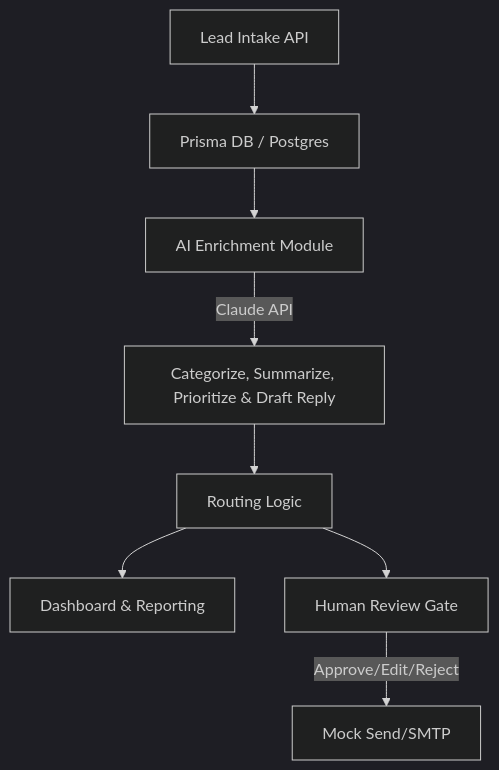
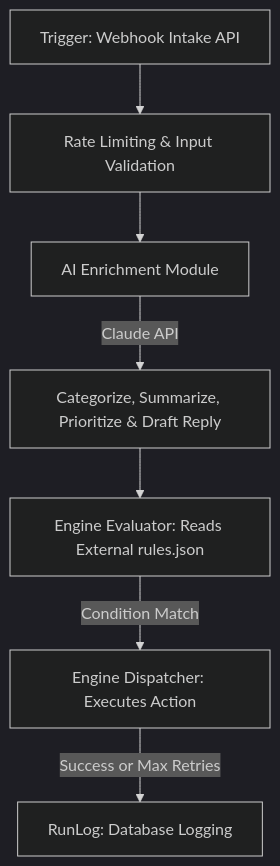
One commit to MykeShale/AI-Lead-Router changed the diagram in README.md. Above: the diagram before and after it, drawn with Mermaid (dark theme). The commit also changed other lines of this file and 9 other files, not shown here.

````diff
--- a/README.md
+++ b/README.md
@@ -10,10 +10,9 @@
 ```mermaid
 graph TD
-    A[Lead Intake API] --> B[Prisma DB / Postgres]
+    A[Trigger: Webhook Intake API] --> B[Rate Limiting & Input Validation]
     B --> C[AI Enrichment Module]
     C -->|Claude API| D[Categorize, Summarize, Prioritize & Draft Reply]
-    D --> E[Routing Logic]
-    E --> F[Dashboard & Reporting]
-    E --> G[Human Review Gate]
-    G -->|Approve/Edit/Reject| H[Mock Send/SMTP]
+    D --> E[Engine Evaluator: Reads External rules.json]
+    E -->|Condition Match| F[Engine Dispatcher: Executes Action]
+    F -->|Success or Max Retries| G[RunLog: Database Logging]
 ```
````
